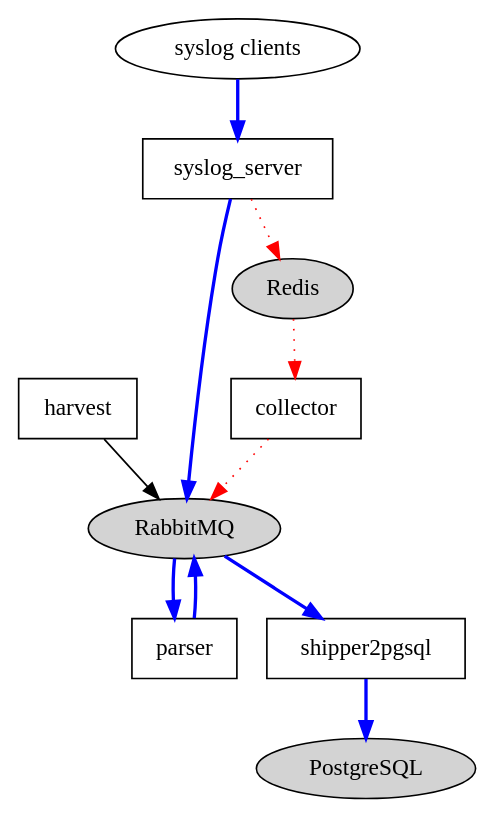
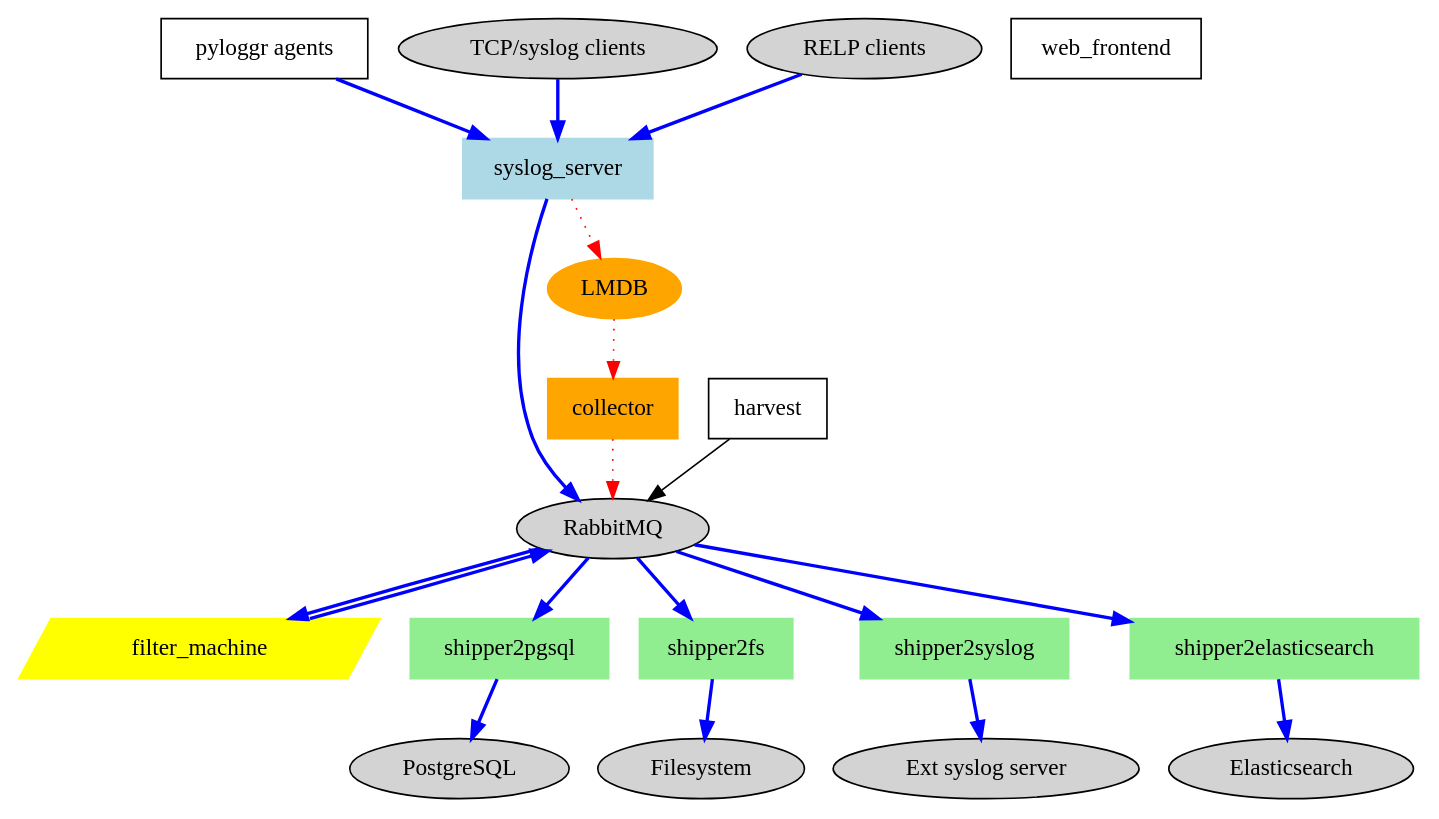
One commit to stephane-martin/pyloggr changed the diagram in docs/source/architecture.rst. Above: the diagram before and after it, drawn with Graphviz. The commit also changed 48 other files, not shown here.

```diff
--- a/docs/source/architecture.rst
+++ b/docs/source/architecture.rst
@@ -14,22 +14,43 @@
 .. graphviz::
 
    digraph foo {
-      "syslog_server" [shape=box];
       "RabbitMQ" [style=filled];
       "PostgreSQL" [style=filled];
-      "Redis" [style=filled];
-      "parser" [shape=box];
-      "shipper2pgsql" [shape=box];
+      "LMDB" [style=filled,color=orange];
+      "Filesystem" [style=filled];
+      "Ext syslog server" [style=filled];
+      "Elasticsearch" [style=filled];
+      "syslog_server" [shape=box,style=filled,color=lightblue];
+      "filter_machine" [shape=polygon,sides=4,skew=.2,style=filled,color=yellow];
+      "pyloggr agents" [shape=box];
+      "web_frontend" [shape=box];
+      "TCP/syslog clients" [style=filled];
+      "RELP clients" [style=filled];
+
+      "shipper2pgsql" [shape=box,color=lightgreen,style=filled];
+      "shipper2fs" [shape=box,color=lightgreen,style=filled];
+      "shipper2syslog" [shape=box,color=lightgreen,style=filled];
+      "shipper2elasticsearch" [shape=box,color=lightgreen,style=filled];
+
       "harvest" [shape=box];
-      "collector" [shape=box];
-      "syslog clients" -> "syslog_server" [style=bold,color=blue];
+      "collector" [shape=box,color=orange,style=filled];
+
+      "pyloggr agents" -> "syslog_server" [style=bold,color=blue];
+      "TCP/syslog clients" -> "syslog_server" [style=bold,color=blue];
+      "RELP clients" -> "syslog_server" [style=bold,color=blue];
       "syslog_server" -> "RabbitMQ" [style=bold,color=blue];
-      "syslog_server" -> "Redis" [style=dotted,color=red];
-      "Redis" -> "collector"  [style=dotted,color=red];
+      "syslog_server" -> "LMDB" [style=dotted,color=red];
+      "LMDB" -> "collector"  [style=dotted,color=red];
       "collector" -> "RabbitMQ"  [style=dotted,color=red];
-      "parser" -> "RabbitMQ" [style=bold,color=blue];
-      "RabbitMQ" -> "parser" [style=bold,color=blue];
+      "filter_machine" -> "RabbitMQ" [style=bold,color=blue];
+      "RabbitMQ" -> "filter_machine" [style=bold,color=blue];
       "RabbitMQ" -> "shipper2pgsql" [style=bold,color=blue];
+      "RabbitMQ" -> "shipper2fs" [style=bold,color=blue];
+      "RabbitMQ" -> "shipper2syslog" [style=bold,color=blue];
+      "RabbitMQ" -> "shipper2elasticsearch" [style=bold,color=blue];
       "harvest" -> "RabbitMQ";
       "shipper2pgsql" -> "PostgreSQL" [style=bold,color=blue];
+      "shipper2fs" -> "Filesystem" [style=bold,color=blue];
+      "shipper2syslog" -> "Ext syslog server" [style=bold,color=blue];
+      "shipper2elasticsearch" -> "Elasticsearch" [style=bold,color=blue];
    }
```
